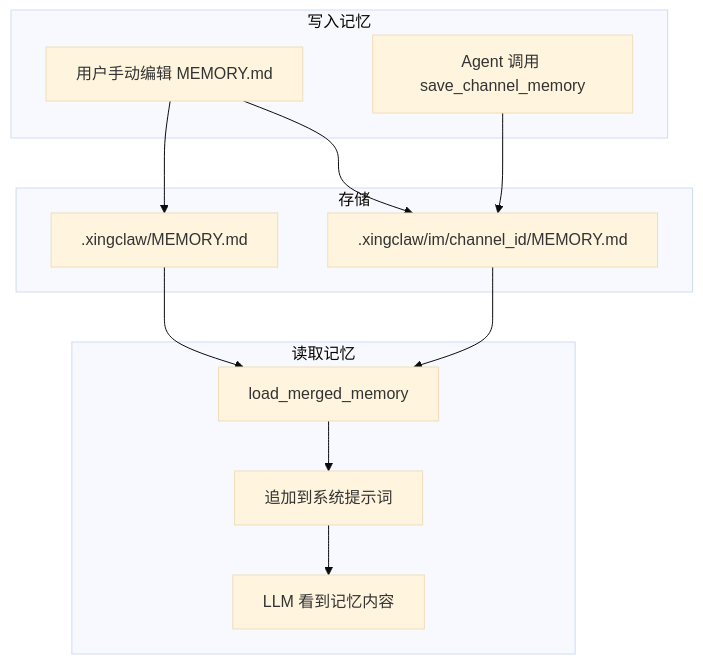
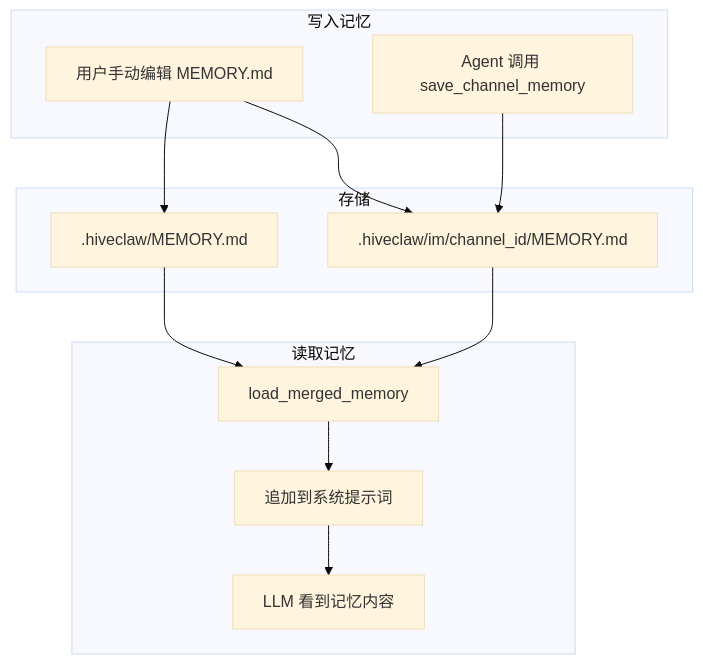
The second of 2 diagrams in docs/04_IM飞书桥接层/03_会话路由与记忆系统.md (huomingban/HiveClaw), drawn with Mermaid (base theme) before and after one commit. The commit also changed other lines of this file and 38 other files, not shown here.

````diff
--- a/docs/04_IM飞书桥接层/03_会话路由与记忆系统.md
+++ b/docs/04_IM飞书桥接层/03_会话路由与记忆系统.md
@@ -175,26 +175,26 @@
 ```mermaid
 flowchart TD
     subgraph write [写入记忆]
         User[用户手动编辑 MEMORY.md]
         Agent[Agent 调用 save_channel_memory]
     end
 
     subgraph storage [存储]
-        GM[".xingclaw/MEMORY.md"]
-        CM[".xingclaw/im/channel_id/MEMORY.md"]
+        GM[".hiveclaw/MEMORY.md"]
+        CM[".hiveclaw/im/channel_id/MEMORY.md"]
     end
 
     subgraph read [读取记忆]
         LoadMerged[load_merged_memory]
         Append[追加到系统提示词]
         LLM[LLM 看到记忆内容]
     end
 
     User --> GM
     User --> CM
     Agent --> CM
     GM --> LoadMerged
     CM --> LoadMerged
     LoadMerged --> Append
     Append --> LLM
 ```
````
